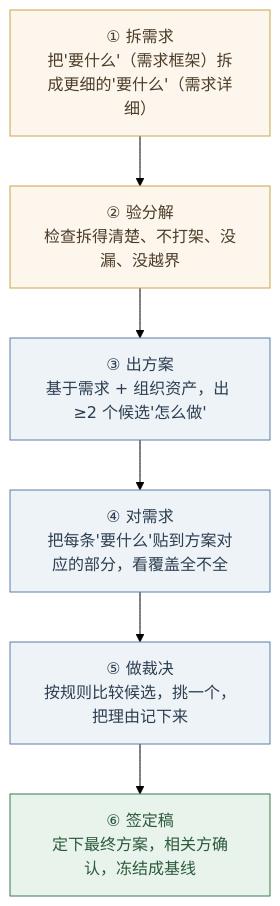
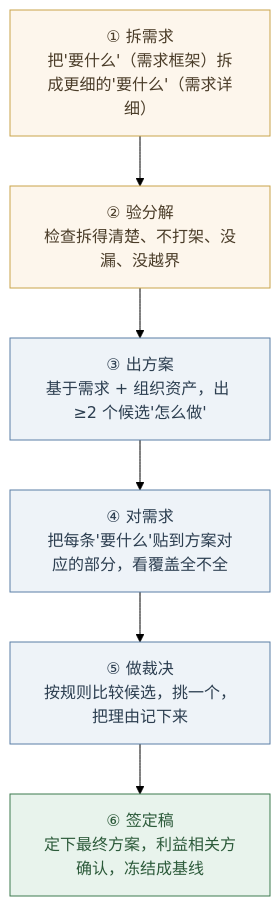
Before and after one commit to Yongjunzhou/AOS-system-design: the ninth of 17 diagrams in 100-subprojects/01-系统工程研究/00-系统工程相关研究报告/01-设计开发概念研究报告-从需求到质量基座.md, drawn with Mermaid (forest theme). The commit also changed other lines of this file and 35 other files, not shown here.

````diff
--- a/100-subprojects/01-系统工程研究/00-系统工程相关研究报告/01-设计开发概念研究报告-从需求到质量基座.md
+++ b/100-subprojects/01-系统工程研究/00-系统工程相关研究报告/01-设计开发概念研究报告-从需求到质量基座.md
@@ -482,16 +484,16 @@
 ```mermaid
 flowchart TB
     A["① 拆需求<br/>把'要什么'（需求框架）拆成更细的'要什么'（需求详细）"]
     B["② 验分解<br/>检查拆得清楚、不打架、没漏、没越界"]
     C["③ 出方案<br/>基于需求 + 组织资产，出 ≥2 个候选'怎么做'"]
     D["④ 对需求<br/>把每条'要什么'贴到方案对应的部分，看覆盖全不全"]
     E["⑤ 做裁决<br/>按规则比较候选，挑一个，把理由记下来"]
-    F["⑥ 签定稿<br/>定下最终方案，相关方确认，冻结成基线"]
+    F["⑥ 签定稿<br/>定下最终方案，利益相关方确认，冻结成基线"]
     A --> B --> C --> D --> E --> F
     classDef req fill:#fdf6ec,stroke:#c9a44a,color:#4a3c28;
     classDef sol fill:#eef3f8,stroke:#5b7fa6,color:#2c3e50;
     classDef fin fill:#e8f3ec,stroke:#3d7a4f,color:#2c5a3a;
     class A,B req;
     class C,D,E sol;
     class F fin;
 ```
````
